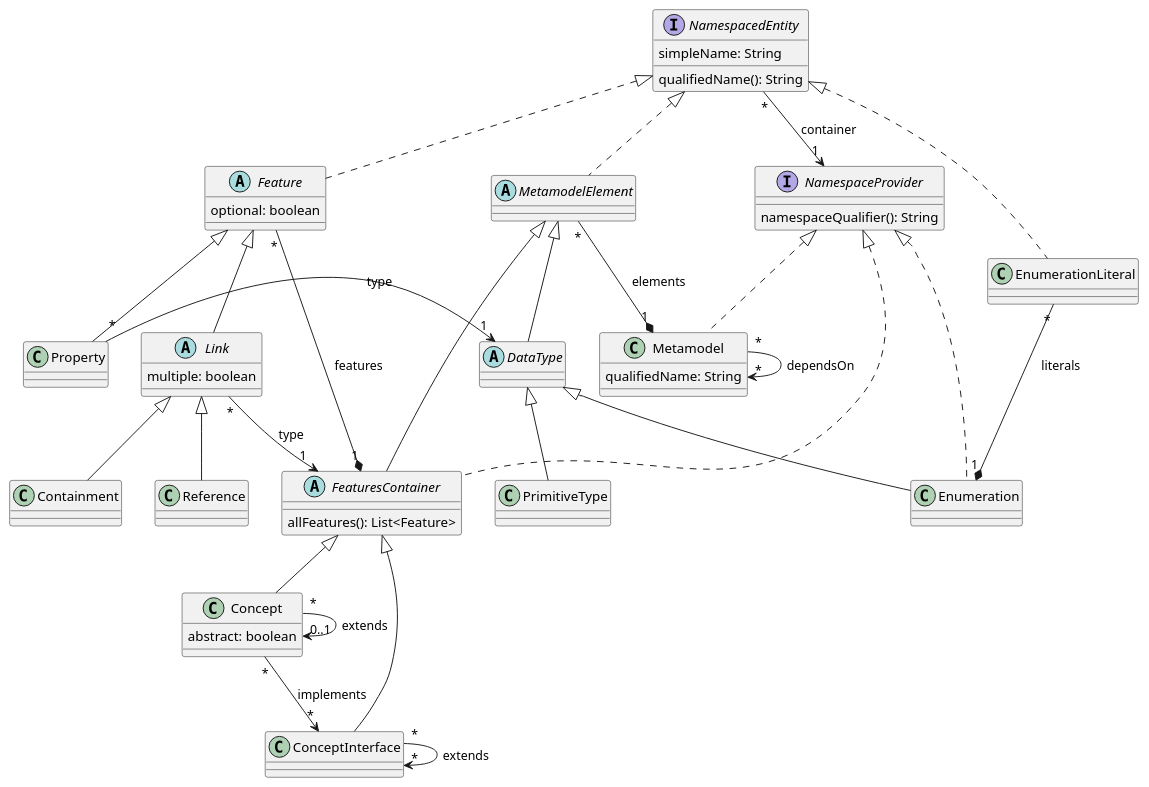
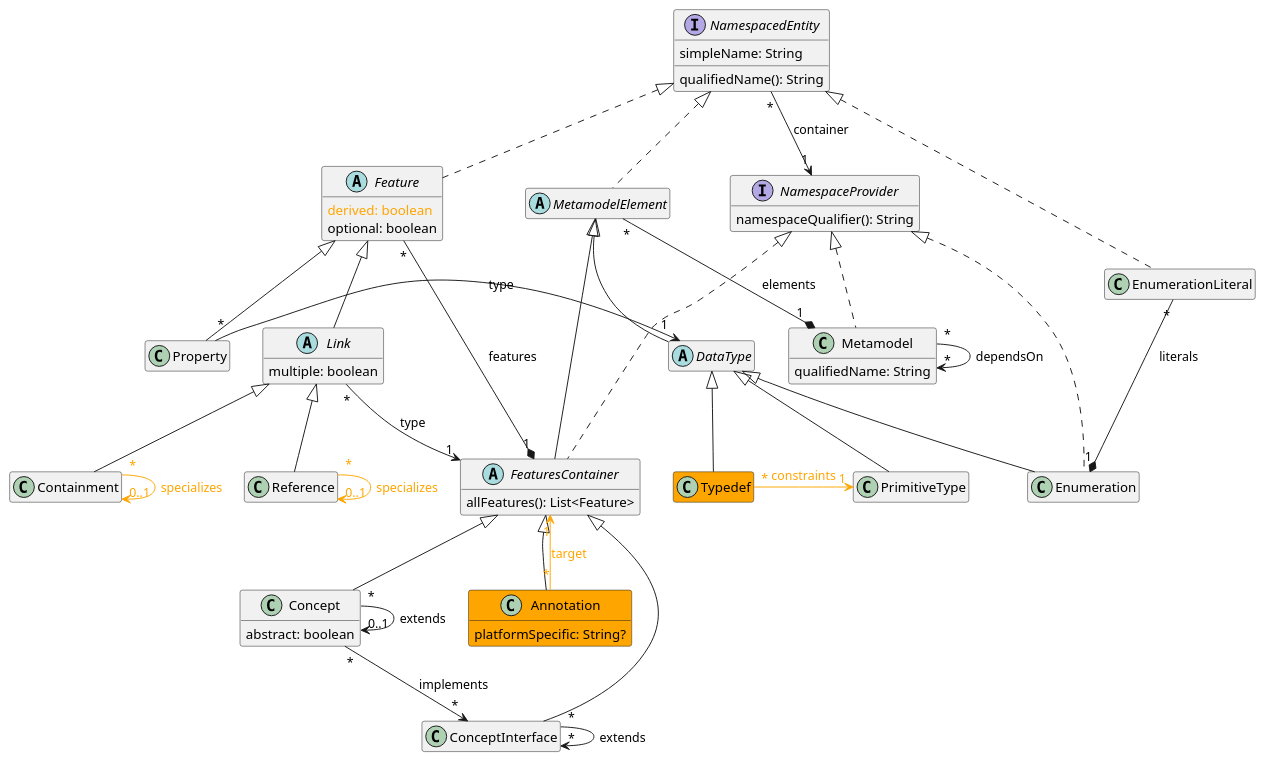
Before and after one commit to LionWeb-io/specification: the diagram in lioncore/metametamodel.puml, drawn with PlantUML.

Commit message:
marked all non-agreed elements in M3 diagram orange

```diff
--- a/lioncore/metametamodel.puml
+++ b/lioncore/metametamodel.puml
@@ -1,86 +1,86 @@
 @startuml
-
+hide empty members
 
 interface NamespacedEntity {
   simpleName: String
   qualifiedName(): String
 }
 
 interface NamespaceProvider {
   namespaceQualifier(): String
 }
 
 class Metamodel implements NamespaceProvider {
   qualifiedName: String
 }
 
 abstract class MetamodelElement implements NamespacedEntity
 
 abstract class FeaturesContainer extends MetamodelElement implements NamespaceProvider {
   allFeatures(): List<Feature>
 }
 
-'class Annotation extends FeaturesContainer {
-'  platformSpecific: String?
-'}
+class Annotation #orange extends FeaturesContainer  {
+  platformSpecific: String?
+}
 
 class Concept extends FeaturesContainer {
   abstract: boolean
 }
 
 class ConceptInterface extends FeaturesContainer
 
 abstract class Feature implements NamespacedEntity {
-'  derived: boolean
+  <color:#orange>derived: boolean</color>
   optional: boolean
 }
 
 class Property extends Feature
 
-'class Typedef extends DataType
+class Typedef #orange extends DataType
 
 abstract class DataType extends MetamodelElement
 
 class PrimitiveType extends DataType
 
 class Enumeration extends DataType implements NamespaceProvider
 
 class EnumerationLiteral implements NamespacedEntity
 
 abstract class Link extends Feature {
   multiple: boolean
 }
 
 class Containment extends Link
 
 class Reference extends Link
 
 ' relations:
 
-'Annotation "*" --> "1" FeaturesContainer: target
+Annotation "*" --> "1" FeaturesContainer #orange;text:orange : target
 
 Concept "*" -> "0..1" Concept: extends
 Concept "*" --> "*" ConceptInterface: implements
 
 ConceptInterface "*" --> "*" ConceptInterface: extends
 
-'Containment "*" -> "0..1" Containment: specializes
+Containment "*" -> "0..1" Containment #orange;text:orange : specializes
 
 Feature "*" -* "1" FeaturesContainer: features
 
 Link "*" --> "1" FeaturesContainer: type
 
 MetamodelElement "*" -* "1" Metamodel: elements
 Metamodel "*" --> "*" Metamodel: dependsOn
 
 NamespacedEntity "*" --> "1" NamespaceProvider: container
 
 Property "*" -> "1" DataType: type
 
-'Reference "*" -> "0..1" Reference: specializes
+Reference "*" -> "0..1" Reference #orange;text:orange : specializes
 
 EnumerationLiteral "*" -* "1" Enumeration : literals
 
-'Typedef "*" -> "1" PrimitiveType: constraints
+Typedef "*" -> "1" PrimitiveType #orange;text:orange : constraints
 
 @enduml
```
